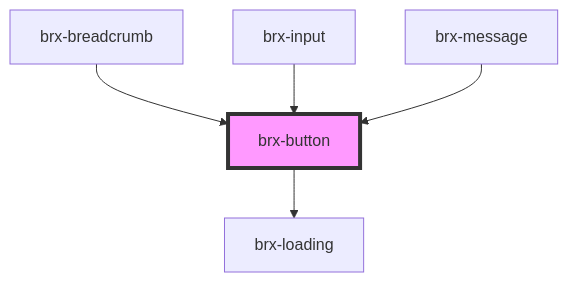
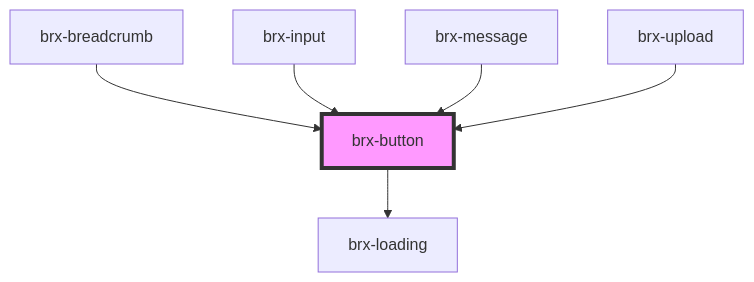
One commit to copperui/copperui changed the diagram in packages/core/src/components/brx-button/readme.md. Above: the diagram before and after it, drawn with Mermaid. The commit also changed other lines of this file and 20 other files, not shown here.

First line of the commit message:
feat(core): components: brx-upload (#58)

````diff
--- a/packages/core/src/components/brx-button/readme.md
+++ b/packages/core/src/components/brx-button/readme.md
@@ -52,8 +53,9 @@
 ```mermaid
 graph TD;
   brx-button --> brx-loading
   brx-breadcrumb --> brx-button
   brx-input --> brx-button
   brx-message --> brx-button
+  brx-upload --> brx-button
   style brx-button fill:#f9f,stroke:#333,stroke-width:4px
 ```
````
